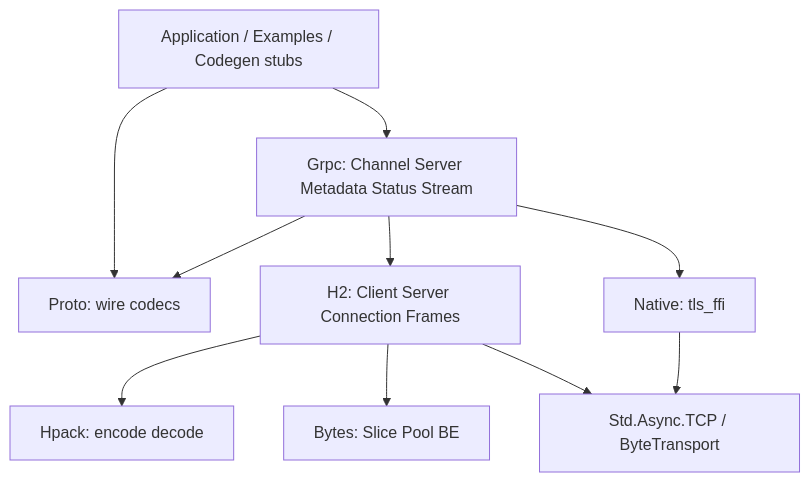
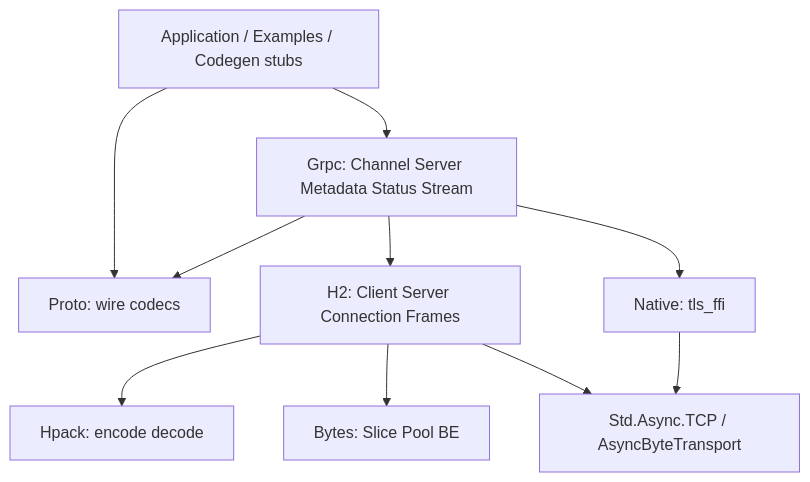
One commit to RileyBetts/lean-grpc changed the diagram in docs/architecture.md. Above: the diagram before and after it, drawn with Mermaid. The commit also changed other lines of this file and 22 other files, not shown here.

First line of the commit message:
Add native Async h2c path and honest Std.Async docs (#6).

````diff
--- a/docs/architecture.md
+++ b/docs/architecture.md
@@ -5,21 +5,21 @@
 ```mermaid
 flowchart TB
   App[Application / Examples / Codegen stubs]
   Grpc[Grpc: Channel Server Metadata Status Stream]
   Proto[Proto: wire codecs]
   H2[H2: Client Server Connection Frames]
   Hpack[Hpack: encode decode]
   Bytes[Bytes: Slice Pool BE]
   Native[Native: tls_ffi]
-  TCP[Std.Async.TCP / ByteTransport]
+  TCP[Std.Async.TCP / AsyncByteTransport]
 
   App --> Grpc
   App --> Proto
   Grpc --> Proto
   Grpc --> H2
   Grpc --> Native
   H2 --> Hpack
   H2 --> Bytes
   H2 --> TCP
   Native --> TCP
 ```
````
